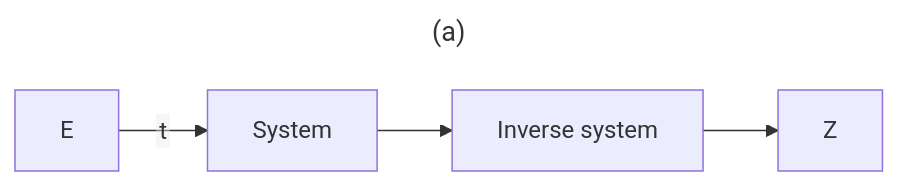
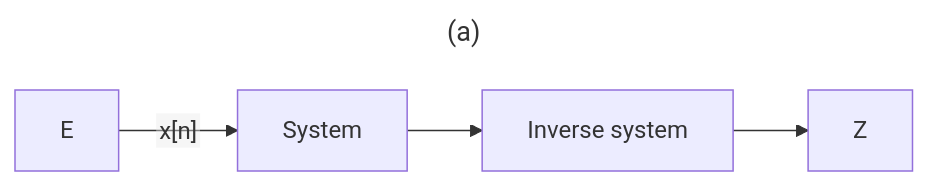
Before and after one commit to setrar/dsp: the sixth of 6 diagrams in signal-processing/kutz/5/README.md, drawn with Mermaid.

````diff
--- a/signal-processing/kutz/5/README.md
+++ b/signal-processing/kutz/5/README.md
@@ -147,10 +147,10 @@
 ```mermaid
 ---
 title: (a)
 ---
 %%{init: {"flowchart": {"htmlLabels": false}} }%%
 flowchart LR
-    E -->|t| F[System]
+    E -->|"x[n]"| F[System]
     F --> G[Inverse system]
     G --> Z
 ```
````
